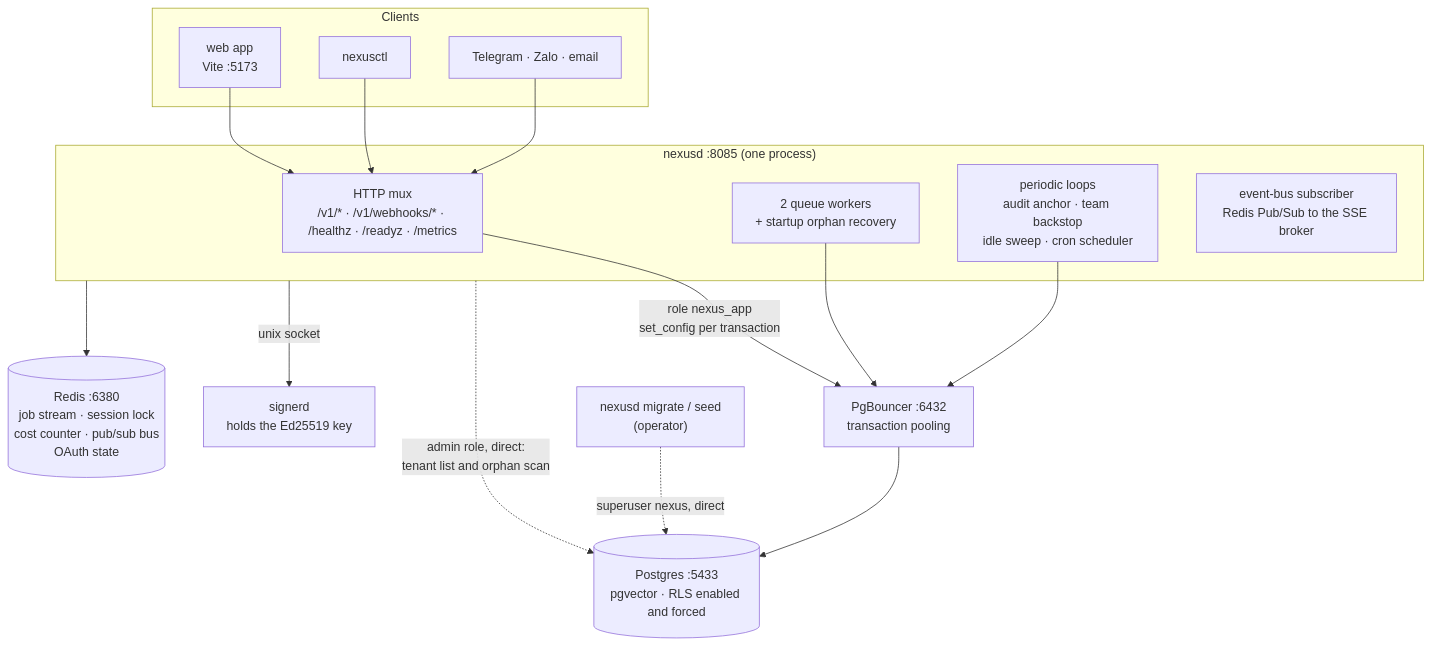
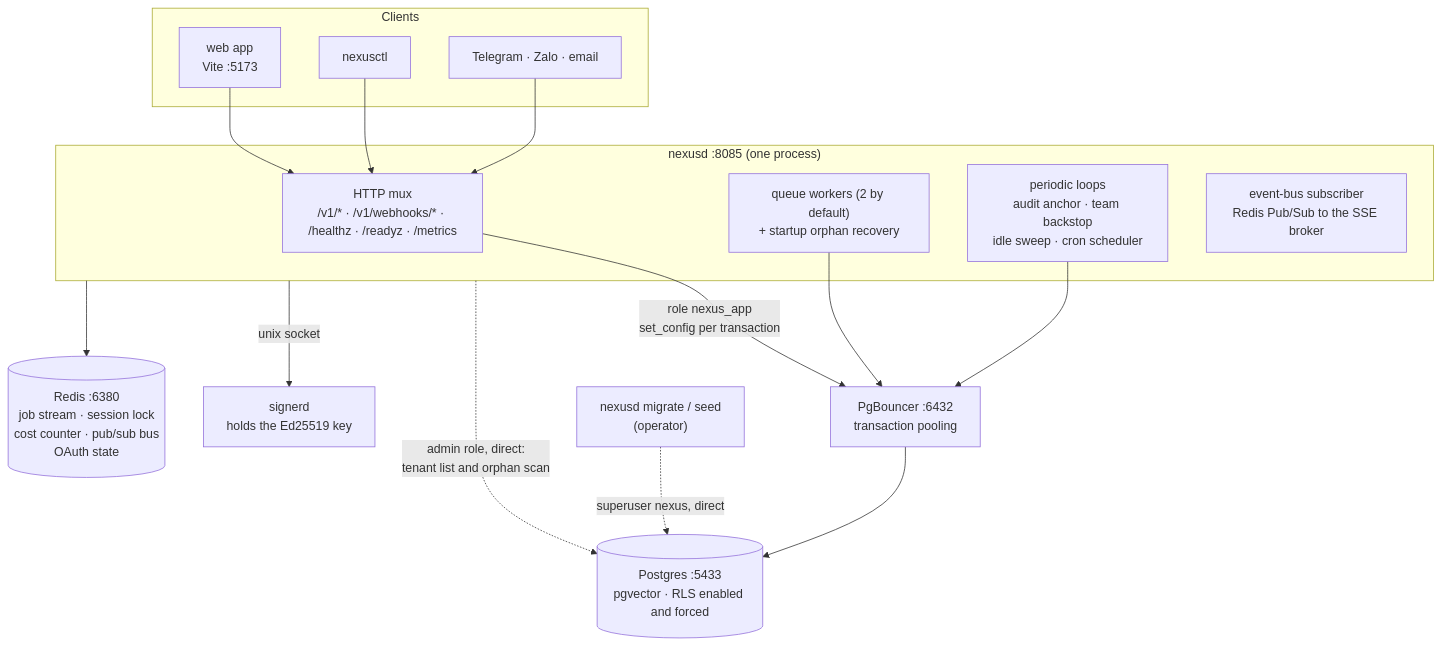
Before and after one commit to truongpx396/nexus-agent-demo: the second of 20 diagrams in docs/architecture.md, drawn with Mermaid. The commit also changed other lines of this file and 29 other files, not shown here.

````diff
--- a/docs/architecture.md
+++ b/docs/architecture.md
@@ -61,33 +61,33 @@
 ```mermaid
 flowchart TB
     subgraph clients["Clients"]
         web["web app<br/>Vite :5173"]
         cli["nexusctl"]
         chat["Telegram · Zalo · email"]
     end
 
     subgraph nx["nexusd :8085 (one process)"]
         http["HTTP mux<br/>/v1/* · /v1/webhooks/* · /healthz · /readyz · /metrics"]
-        workers["2 queue workers<br/>+ startup orphan recovery"]
+        workers["queue workers (2 by default)<br/>+ startup orphan recovery"]
         loops["periodic loops<br/>audit anchor · team backstop<br/>idle sweep · cron scheduler"]
         bus["event-bus subscriber<br/>Redis Pub/Sub to the SSE broker"]
     end
 
     signerd["signerd<br/>holds the Ed25519 key"]
     pgb["PgBouncer :6432<br/>transaction pooling"]
     pg[("Postgres :5433<br/>pgvector · RLS enabled and forced")]
     redis[("Redis :6380<br/>job stream · session lock<br/>cost counter · pub/sub bus<br/>OAuth state")]
     ops["nexusd migrate / seed<br/>(operator)"]
 
     web --> http
     cli --> http
     chat --> http
     http -->|"role nexus_app<br/>set_config per transaction"| pgb
     workers --> pgb
     loops --> pgb
     pgb --> pg
     nx -.->|"admin role, direct:<br/>tenant list and orphan scan"| pg
     ops -.->|"superuser nexus, direct"| pg
     nx -->|"unix socket"| signerd
     nx --> redis
 ```
````
